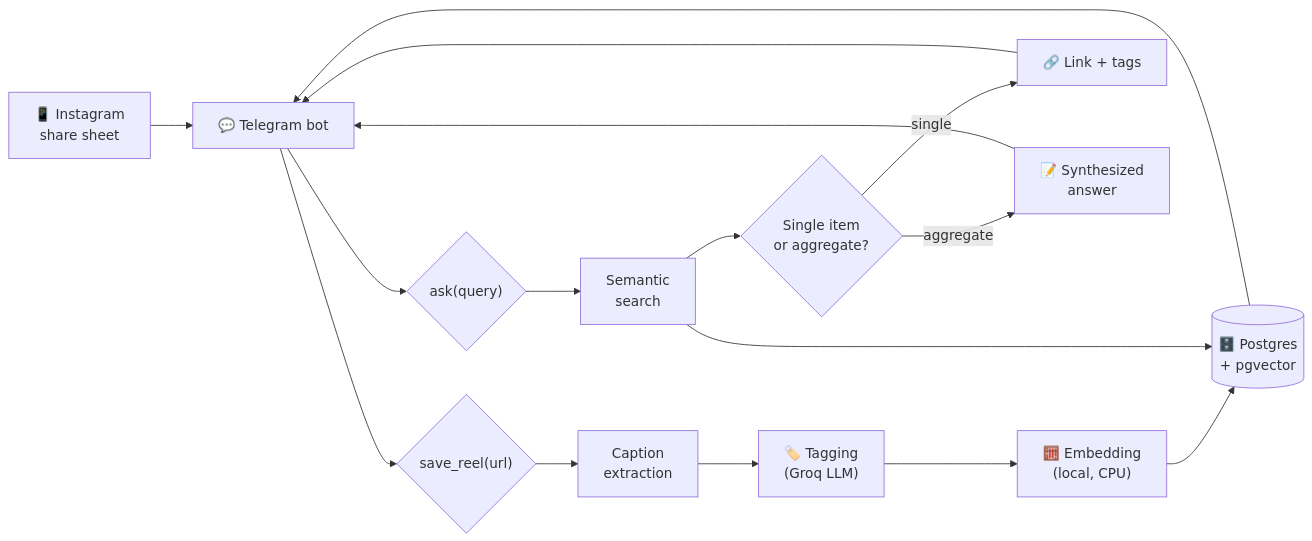
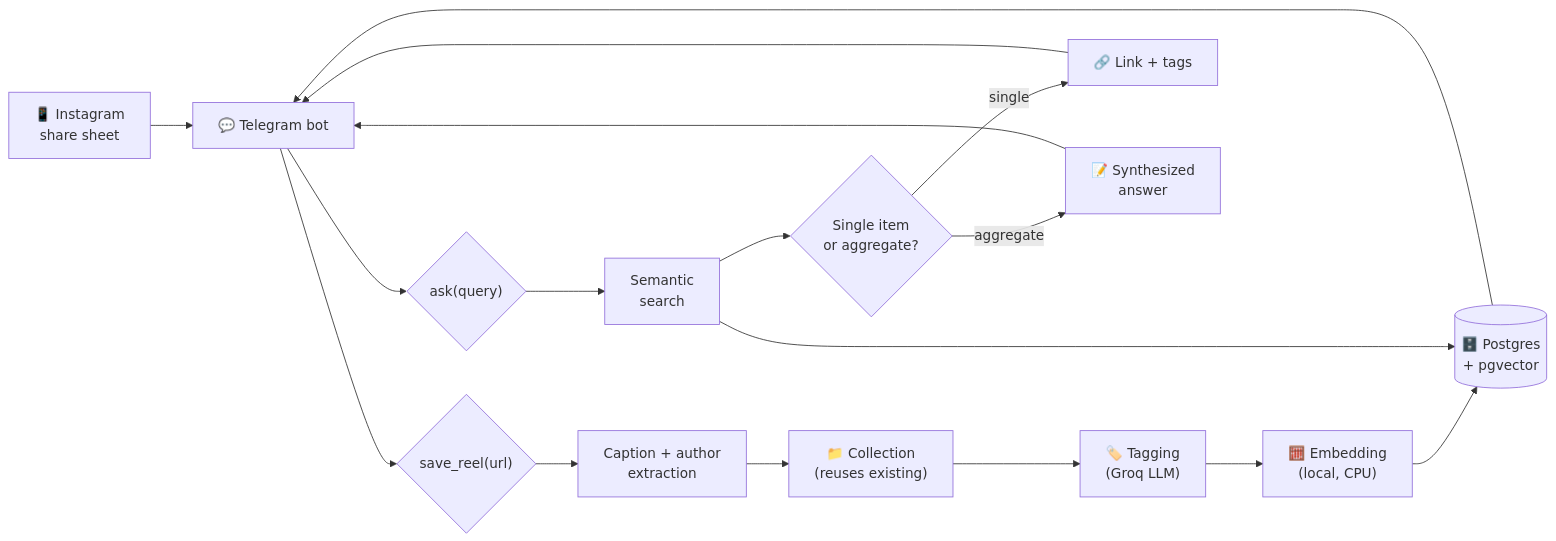
Before and after one commit to georgeousai/Content_retreiver: the diagram in README.md, drawn with Mermaid. The commit also changed other lines of this file and 14 other files, not shown here.

````diff
--- a/README.md
+++ b/README.md
@@ -23,20 +23,21 @@
 ```mermaid
 flowchart LR
     A["📱 Instagram<br/>share sheet"] --> B["💬 Telegram bot"]
     B --> C{"save_reel(url)"}
 
-    C --> D["Caption<br/>extraction"]
-    D --> E["🏷️ Tagging<br/>(Groq LLM)"]
+    C --> D["Caption + author<br/>extraction"]
+    D --> D2["📁 Collection<br/>(reuses existing)"]
+    D2 --> E["🏷️ Tagging<br/>(Groq LLM)"]
     E --> F["🧮 Embedding<br/>(local, CPU)"]
     F --> G[("🗄️ Postgres<br/>+ pgvector")]
     G --> B
 
     B --> H{"ask(query)"}
     H --> I["Semantic<br/>search"]
     I --> G
     I --> J{"Single item<br/>or aggregate?"}
     J -->|single| K["🔗 Link + tags"]
     J -->|aggregate| L["📝 Synthesized<br/>answer"]
     K --> B
     L --> B
 ```
````
